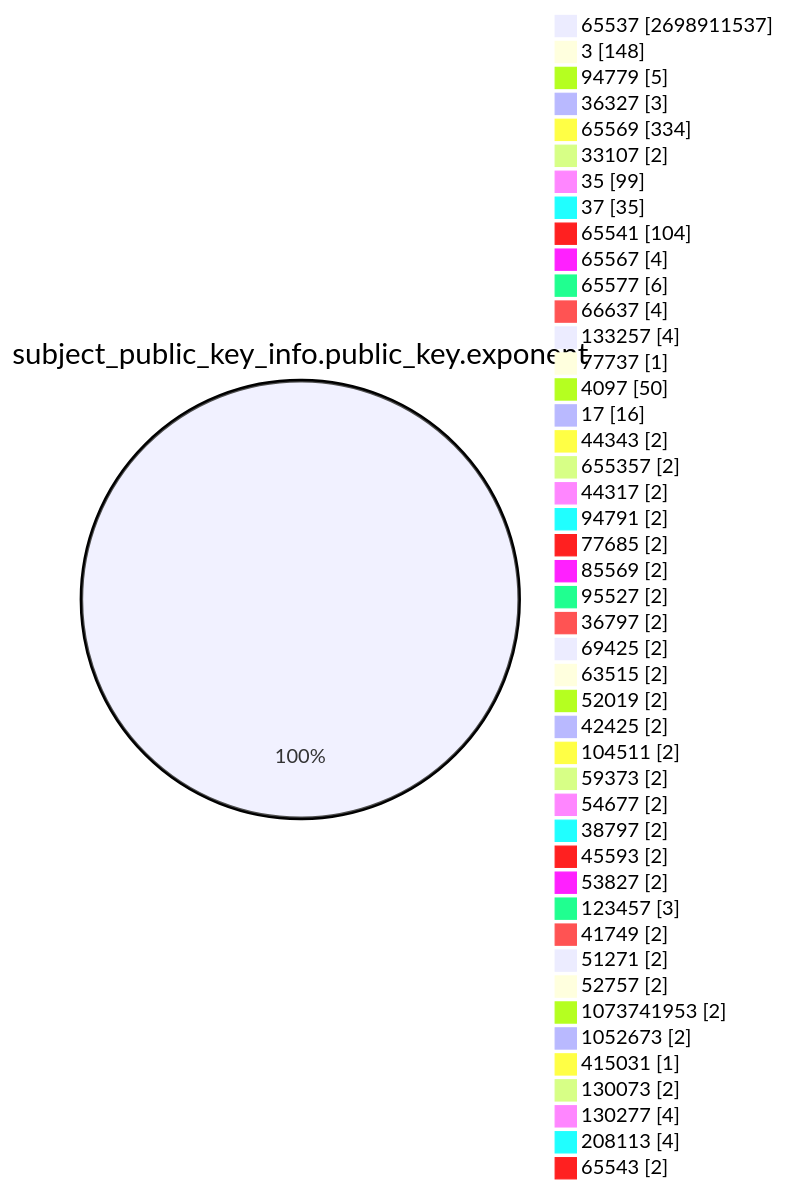
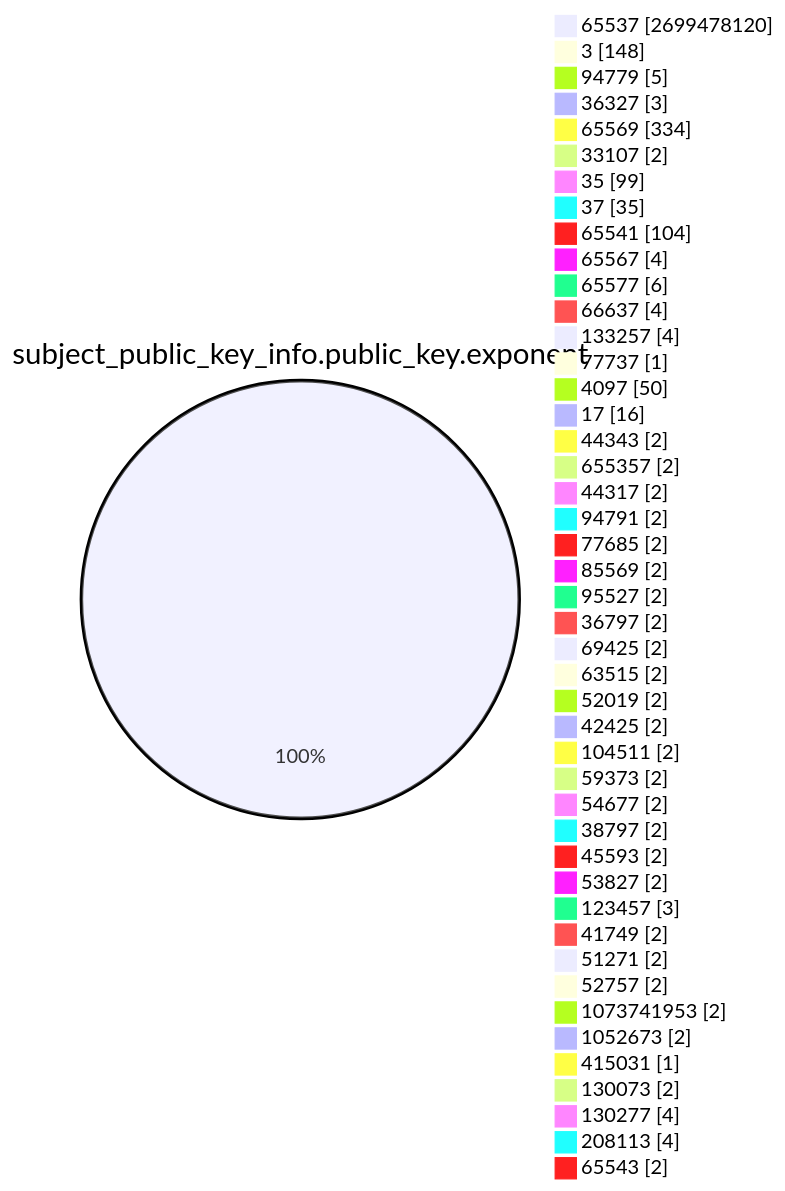
Before and after one commit to christiankrug/ctmonitor_visualization: the fourth of 15 diagrams in TOTAL/README.md, drawn with Mermaid. The commit also changed other lines of this file, not shown here.

````diff
--- a/TOTAL/README.md
+++ b/TOTAL/README.md
@@ -1467,49 +1467,49 @@
 ```mermaid
 pie showData
 title subject_public_key_info.public_key.exponent
-"65537" :2698911537
+"65537" :2699478120
 "3" :148
 "94779" :5
 "36327" :3
 "65569" :334
 "33107" :2
 "35" :99
 "37" :35
 "65541" :104
 "65567" :4
 "65577" :6
 "66637" :4
 "133257" :4
 "77737" :1
 "4097" :50
 "17" :16
 "44343" :2
 "655357" :2
 "44317" :2
 "94791" :2
 "77685" :2
 "85569" :2
 "95527" :2
 "36797" :2
 "69425" :2
 "63515" :2
 "52019" :2
 "42425" :2
 "104511" :2
 "59373" :2
 "54677" :2
 "38797" :2
 "45593" :2
 "53827" :2
 "123457" :3
 "41749" :2
 "51271" :2
 "52757" :2
 "1073741953" :2
 "1052673" :2
 "415031" :1
 "130073" :2
 "130277" :4
 "208113" :4
 "65543" :2
 ```
````
